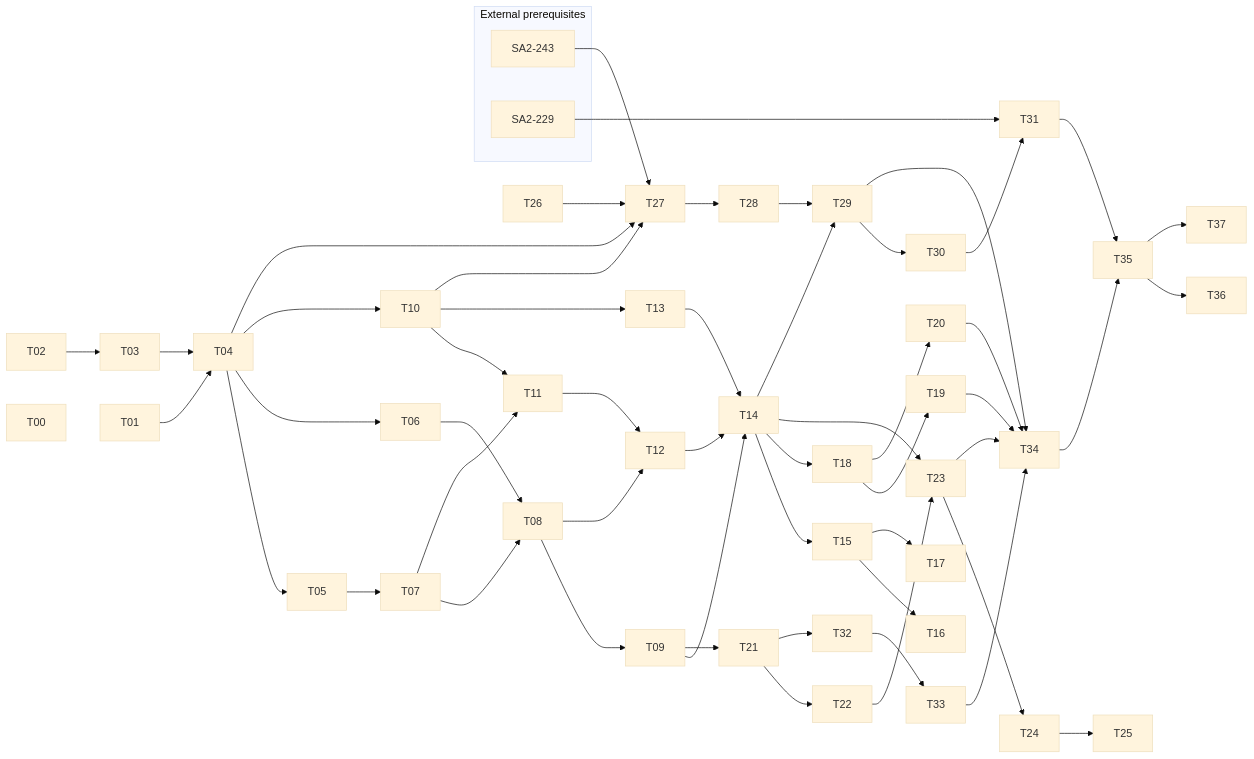
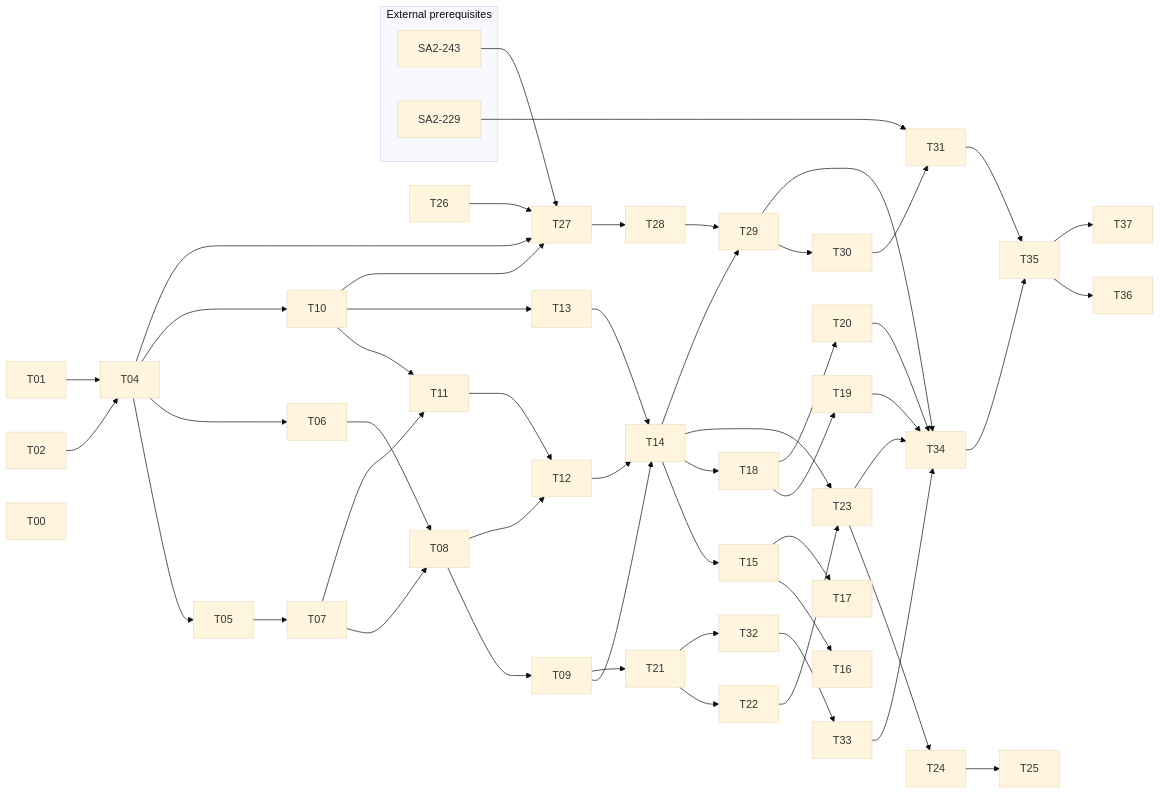
One commit to HIRO15254/sapphire2 changed the second of 2 diagrams in docs/design/data-model-v2.md. Above: the diagram before and after it, drawn with Mermaid (base theme). The commit also changed other lines of this file and 16 other files, not shown here.

````diff
--- a/docs/design/data-model-v2.md
+++ b/docs/design/data-model-v2.md
@@ -1111,60 +1098,59 @@
 ```mermaid
 flowchart LR
     subgraph ext [External prerequisites]
         SA2_243["SA2-243"]
         SA2_229["SA2-229"]
     end
 
-    T02 --> T03
+    T02 --> T04
     T01 --> T04
-    T03 --> T04
     T04 --> T05
     T04 --> T06
     T05 --> T07
     T06 --> T08
     T07 --> T08
     T08 --> T09
     T04 --> T10
     T07 --> T11
     T10 --> T11
     T08 --> T12
     T11 --> T12
     T10 --> T13
     T09 --> T14
     T12 --> T14
     T13 --> T14
     T14 --> T15
     T15 --> T16
     T15 --> T17
     T14 --> T18
     T18 --> T19
     T18 --> T20
     T09 --> T21
     T21 --> T22
     T14 --> T23
     T22 --> T23
     T23 --> T24
     T24 --> T25
     T04 --> T27
     T10 --> T27
     T26 --> T27
     SA2_243 --> T27
     T27 --> T28
     T14 --> T29
     T28 --> T29
     T29 --> T30
     T30 --> T31
     SA2_229 --> T31
     T21 --> T32
     T32 --> T33
     T19 --> T34
     T20 --> T34
     T23 --> T34
     T29 --> T34
     T33 --> T34
     T31 --> T35
     T34 --> T35
     T35 --> T36
     T35 --> T37
     T00
 ```
````
